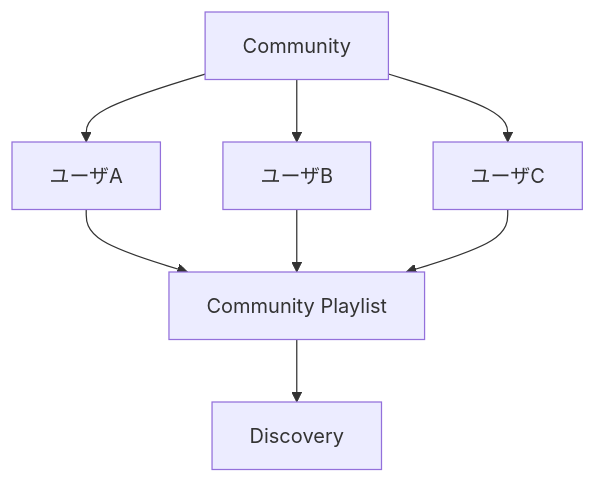
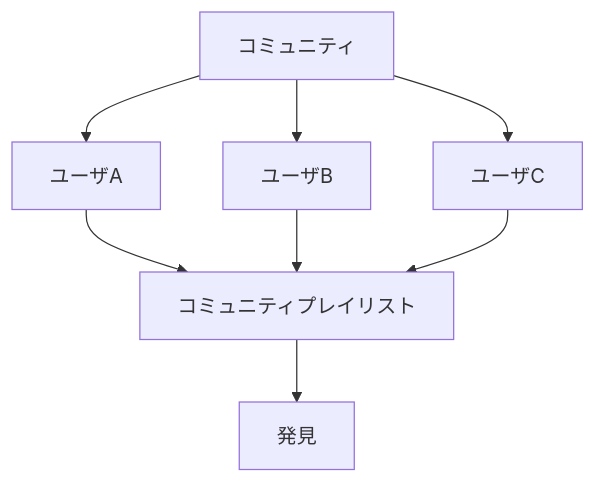
Before and after one commit to ShigeichiroYamasaki/creator-first-platform: diagram 15 of 35 in docs/whitepaper/08-discovery-community.md, drawn with Mermaid. The commit also changed other lines of this file and 72 other files, not shown here.

````diff
--- a/docs/whitepaper/08-discovery-community.md
+++ b/docs/whitepaper/08-discovery-community.md
@@ -533,13 +533,13 @@
 ```mermaid
 flowchart TD
-    COMMUNITY[Community]
+    COMMUNITY[コミュニティ]
     COMMUNITY --> U1[ユーザA]
     COMMUNITY --> U2[ユーザB]
     COMMUNITY --> U3[ユーザC]
 
-    U1 --> PLAYLIST[Community Playlist]
+    U1 --> PLAYLIST[コミュニティプレイリスト]
     U2 --> PLAYLIST
     U3 --> PLAYLIST
 
-    PLAYLIST --> DISCOVERY[Discovery]
+    PLAYLIST --> DISCOVERY[発見]
 ```
````
